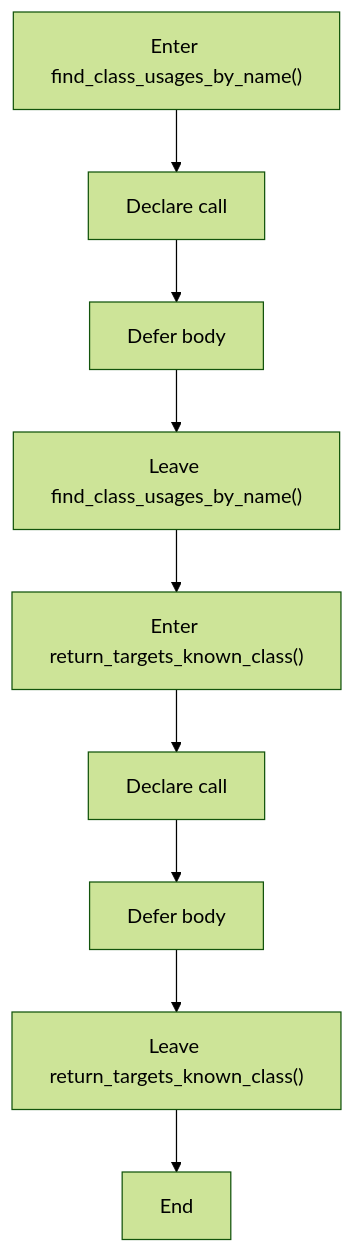
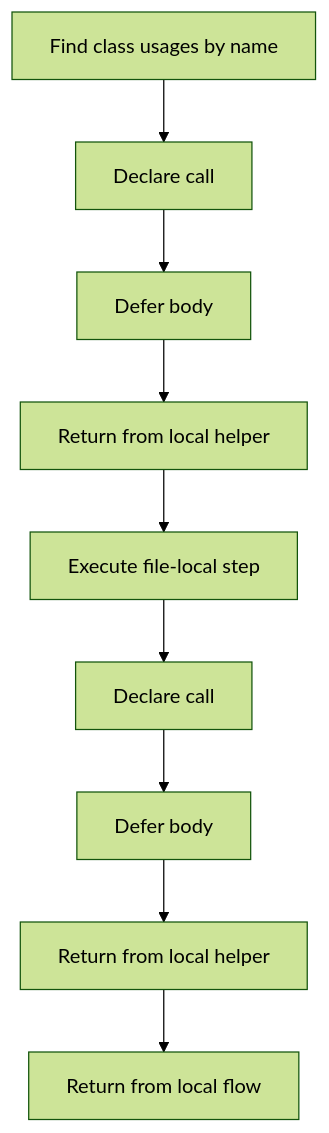
Before and after one commit to JohnAndrewBalbarosa/NeoTerritory: the sixth of 6 diagrams in docs/Codebase/Microservice/Modules/Header/SyntacticBrokenAST/Analysis/ImplementationUse/Binding/Symbols/Flow/parse_tree_symbols_program_flow.hpp.md, drawn with Mermaid (forest theme). The commit also changed other lines of this file and 925 other files, not shown here.

````diff
--- a/docs/Codebase/Microservice/Modules/Header/SyntacticBrokenAST/Analysis/ImplementationUse/Binding/Symbols/Flow/parse_tree_symbols_program_flow.hpp.md
+++ b/docs/Codebase/Microservice/Modules/Header/SyntacticBrokenAST/Analysis/ImplementationUse/Binding/Symbols/Flow/parse_tree_symbols_program_flow.hpp.md
@@ -145,20 +145,20 @@
 ```mermaid
 flowchart TD
-    N0["Enter find_class_usages_by_name()"]
+    N0["Find class usages by name"]
     N1["Declare call"]
     N2["Defer body"]
-    N3["Leave find_class_usages_by_name()"]
-    N4["Enter return_targets_known_class()"]
+    N3["Return from local helper"]
+    N4["Execute file-local step"]
     N5["Declare call"]
     N6["Defer body"]
-    N7["Leave return_targets_known_class()"]
-    N8["End"]
+    N7["Return from local helper"]
+    N8["Return from local flow"]
     N0 --> N1
     N1 --> N2
     N2 --> N3
     N3 --> N4
     N4 --> N5
     N5 --> N6
     N6 --> N7
     N7 --> N8
 ```
````
